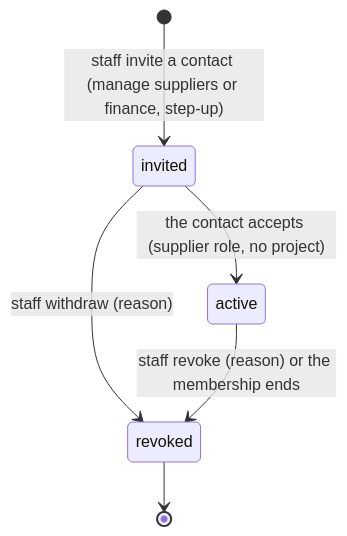
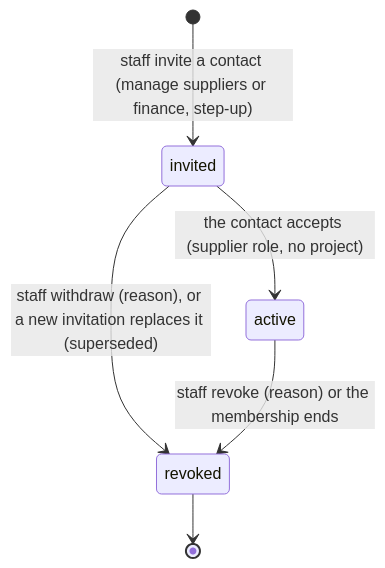
One commit to rosanne-odiero/construction changed the seventh of 10 diagrams in docs/WORKFLOWS.md. Above: the diagram before and after it, drawn with Mermaid. The commit also changed other lines of this file and 18 other files, not shown here.

````diff
--- a/docs/WORKFLOWS.md
+++ b/docs/WORKFLOWS.md
@@ -404,8 +404,8 @@
 ```mermaid
 stateDiagram-v2
   [*] --> invited: staff invite a contact (manage suppliers or finance, step-up)
   invited --> active: the contact accepts (supplier role, no project)
-  invited --> revoked: staff withdraw (reason)
+  invited --> revoked: staff withdraw (reason), or a new invitation replaces it (superseded)
   active --> revoked: staff revoke (reason) or the membership ends
   revoked --> [*]
 ```
````
